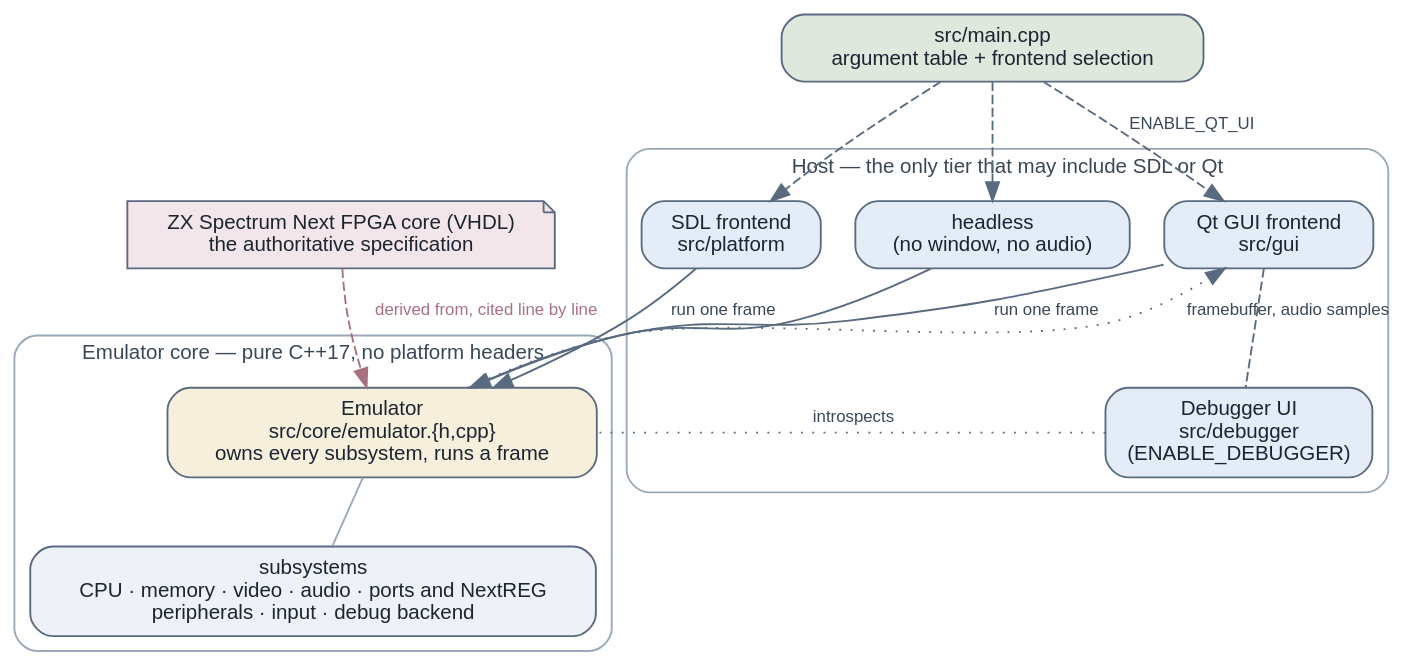
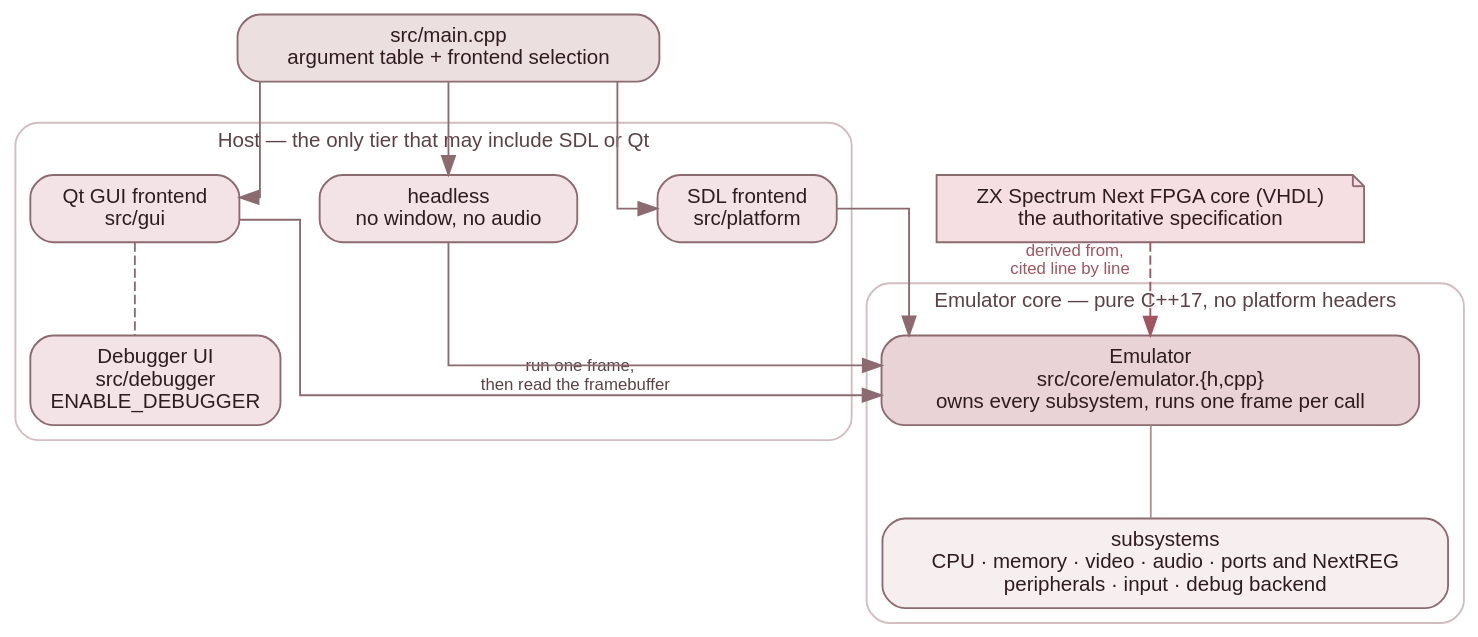
The diagram in src/doc/developer-guide/diagrams/system-overview.dot (jorgegv/jnext), drawn with Graphviz before and after one commit. The commit also changed 94 other files, not shown here.

First line of the commit message:
doc(devguide): owner review — motivation, gentler prose, red theme, orthogonal figures

```diff
--- a/src/doc/developer-guide/diagrams/system-overview.dot
+++ b/src/doc/developer-guide/diagrams/system-overview.dot
@@ -1,61 +1,71 @@
 // JNEXT system overview — the three tiers and what crosses between them.
 //
 // Rendered by `make docs-devguide-diagrams` into ../img/system-overview.svg,
 // which is COMMITTED. Edit this file, never the SVG.
 //
-// Palette note: every fill is light and every label is dark, so the figure
-// reads on both the light and the dark theme of the rendered guide. The canvas
-// is transparent for the same reason. Do not introduce a light-on-dark node.
+// Palette note: a muted pastel dark red, the same family as the page theme
+// (src/doc/developer-guide/css/theme.css) and deliberately not the user
+// guide's blue. Every fill is light and every label is dark, so the figure
+// reads on both the light and the dark theme. The canvas is transparent for
+// the same reason. Do not introduce a light-on-dark node.
+//
+// Routing note: splines=ortho, so every connector is horizontal or vertical.
+// Ortho cannot place edge labels — graphviz warns and ignores `label` on an
+// edge — hence `xlabel` throughout. xlabels float, so this layout is kept
+// deliberately shallow and its label count deliberately low: an earlier
+// version with back-edges and five labels dropped text on top of the cluster
+// borders.
 digraph system_overview {
     bgcolor="transparent";
     rankdir=TB;
+    splines=ortho;
     fontname="Helvetica";
+    ranksep=0.7;
+    nodesep=0.6;
     node [shape=box, style="filled,rounded", fontname="Helvetica", fontsize=11,
-          fillcolor="#eef2f7", color="#5a6b80", fontcolor="#1b2430", margin="0.16,0.09"];
-    edge [color="#5a6b80", fontname="Helvetica", fontsize=9, fontcolor="#3a4757"];
+          fillcolor="#f7eef0", color="#8c6b70", fontcolor="#2e1c1f", margin="0.16,0.09"];
+    edge [color="#8c6b70", fontname="Helvetica", fontsize=9, fontcolor="#5c4247"];
+
+    main [label="src/main.cpp\nargument table + frontend selection", fillcolor="#ecdfe0"];
 
     subgraph cluster_host {
         label="Host — the only tier that may include SDL or Qt";
-        fontname="Helvetica"; fontsize=11; fontcolor="#3a4757";
-        color="#9aa8b8"; style="rounded";
+        fontname="Helvetica"; fontsize=11; fontcolor="#5c4247";
+        color="#d3bdc0"; style="rounded";
 
-        qt   [label="Qt GUI frontend\nsrc/gui", fillcolor="#e3ecf7"];
-        sdl  [label="SDL frontend\nsrc/platform", fillcolor="#e3ecf7"];
-        head [label="headless\n(no window, no audio)", fillcolor="#e3ecf7"];
-        dbg  [label="Debugger UI\nsrc/debugger\n(ENABLE_DEBUGGER)", fillcolor="#e3ecf7"];
+        qt   [label="Qt GUI frontend\nsrc/gui", fillcolor="#f3e3e6"];
+        sdl  [label="SDL frontend\nsrc/platform", fillcolor="#f3e3e6"];
+        head [label="headless\nno window, no audio", fillcolor="#f3e3e6"];
+        dbg  [label="Debugger UI\nsrc/debugger\nENABLE_DEBUGGER", fillcolor="#f3e3e6"];
     }
-
-    main [label="src/main.cpp\nargument table + frontend selection", fillcolor="#dfe8dd"];
 
     subgraph cluster_core {
         label="Emulator core — pure C++17, no platform headers";
-        fontname="Helvetica"; fontsize=11; fontcolor="#3a4757";
-        color="#9aa8b8"; style="rounded";
+        fontname="Helvetica"; fontsize=11; fontcolor="#5c4247";
+        color="#d3bdc0"; style="rounded";
 
-        emu [label="Emulator\nsrc/core/emulator.{h,cpp}\nowns every subsystem, runs a frame",
-             fillcolor="#f6efdc"];
-
-        // Deliberately one box, not nine: core-subsystems.svg is the map, and
-        // two figures listing the same nine directories go out of step.
+        emu [label="Emulator\nsrc/core/emulator.{h,cpp}\nowns every subsystem, runs one frame per call",
+             fillcolor="#e9d3d6"];
         subs [label="subsystems\nCPU · memory · video · audio · ports and NextREG\nperipherals · input · debug backend"];
 
-        emu -> subs [arrowhead=none, color="#9aa8b8"];
+        emu -> subs [arrowhead=none, color="#b09296"];
     }
 
     spec [label="ZX Spectrum Next FPGA core (VHDL)\nthe authoritative specification",
-          shape=note, fillcolor="#f3e6ea"];
+          shape=note, fillcolor="#f5dfe2"];
 
-    main -> qt   [style=dashed, label="  ENABLE_QT_UI"];
-    main -> sdl  [style=dashed];
-    main -> head [style=dashed];
-    qt   -> dbg  [style=dashed, arrowhead=none];
+    // main picks exactly one frontend; the debugger UI rides on the Qt one.
+    main -> qt;
+    main -> sdl;
+    main -> head;
+    qt   -> dbg [style=dashed, arrowhead=none];
 
-    qt   -> emu [label="  run one frame"];
-    sdl  -> emu [label="  run one frame"];
+    // All three frontends drive the core the same way — call run_frame(), then
+    // read the framebuffer back — so one labelled edge says it for all of them.
+    qt   -> emu [xlabel="run one frame,\nthen read the framebuffer  "];
+    sdl  -> emu;
     head -> emu;
-    emu  -> qt  [label="  framebuffer, audio samples", style=dotted, constraint=false];
-    dbg  -> emu  [style=dotted, arrowhead=none, constraint=false, label="  introspects"];
 
-    spec -> emu [style=dashed, color="#a9707f", fontcolor="#a9707f",
-                 label="  derived from, cited line by line"];
+    spec -> emu [style=dashed, color="#a05560", fontcolor="#a05560",
+                 xlabel="derived from,\ncited line by line  "];
 }
```
